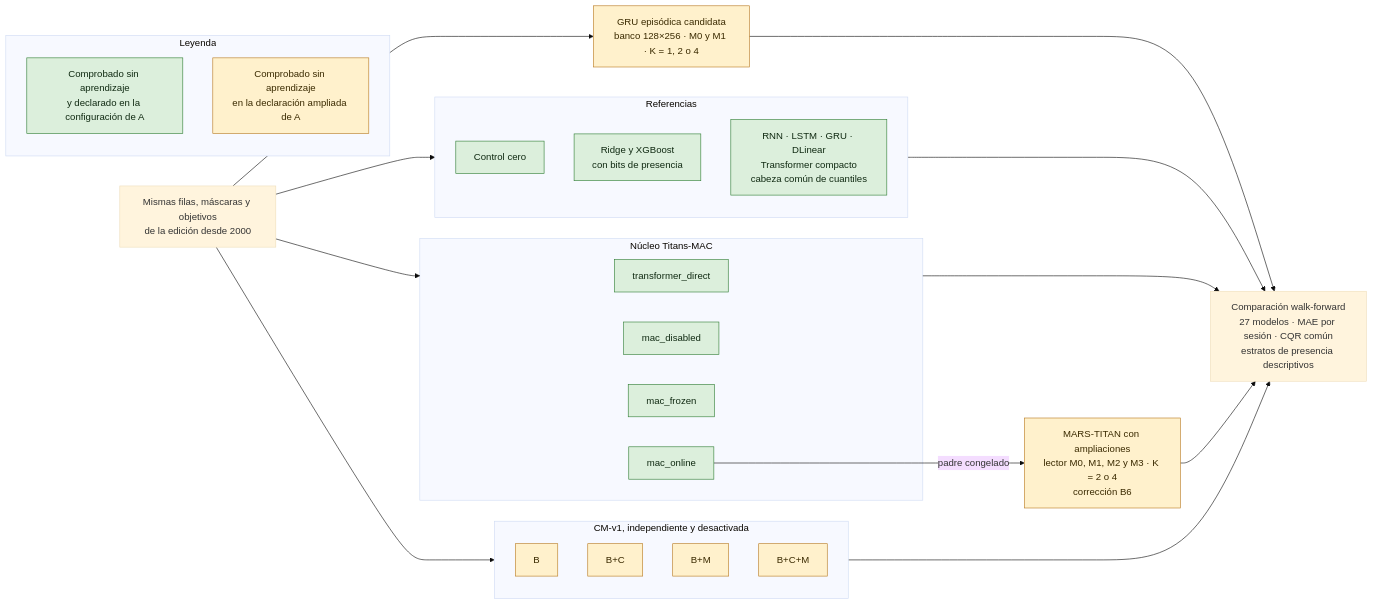
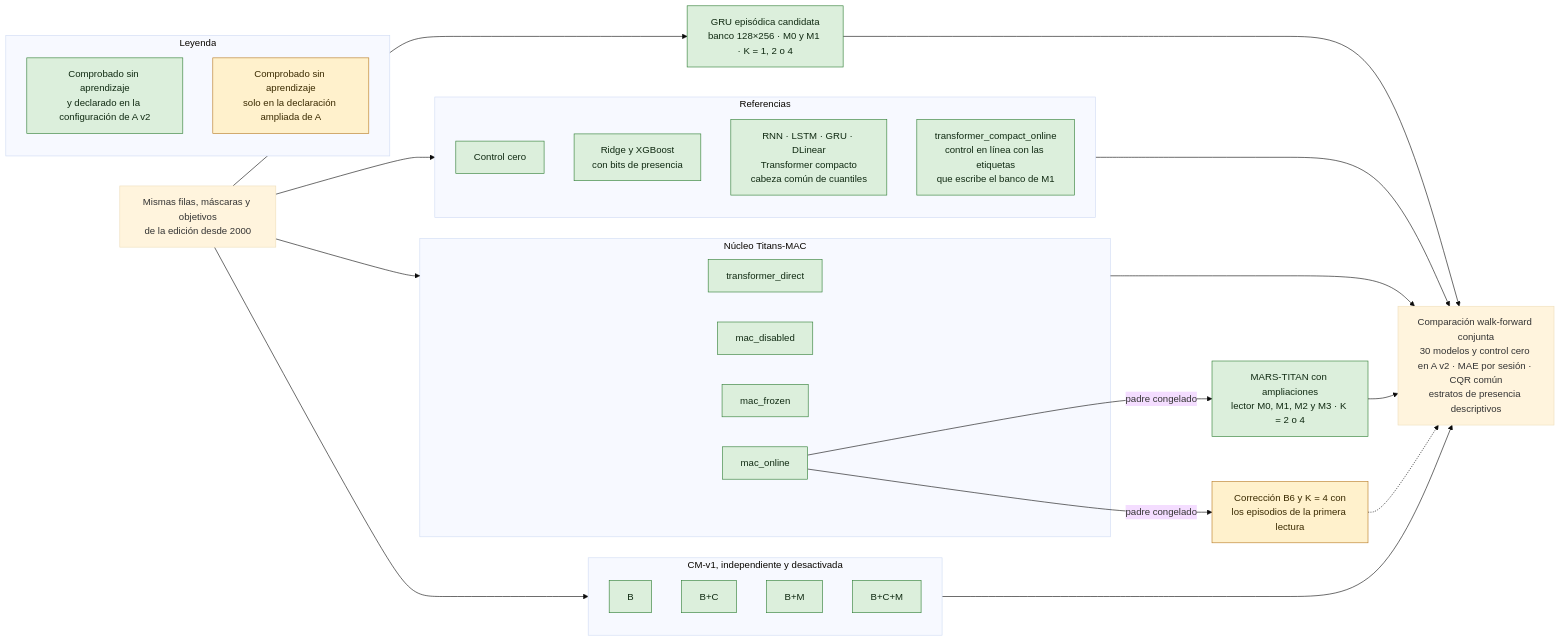
The second of 3 diagrams in README.md (GonxKZ/mars-titan), drawn with Mermaid (base theme) before and after one commit. The commit also changed other lines of this file and 7 other files, not shown here.

````diff
--- a/README.md
+++ b/README.md
@@ -83,49 +85,53 @@
 ```mermaid
 flowchart LR
     D["Mismas filas, máscaras y objetivos<br/>de la edición desde 2000"]
 
     subgraph REF["Referencias"]
         Z["Control cero"]:::comprobado
         TAB["Ridge y XGBoost<br/>con bits de presencia"]:::comprobado
         NEU["RNN · LSTM · GRU · DLinear<br/>Transformer compacto<br/>cabeza común de cuantiles"]:::comprobado
+        ON["transformer_compact_online<br/>control en línea con las etiquetas<br/>que escribe el banco de M1"]:::comprobado
     end
 
-    G["GRU episódica candidata<br/>banco 128×256 · M0 y M1 · K = 1, 2 o 4"]:::parcial
+    G["GRU episódica candidata<br/>banco 128×256 · M0 y M1 · K = 1, 2 o 4"]:::comprobado
 
     subgraph TIT["Núcleo Titans-MAC"]
         T1["transformer_direct"]:::comprobado
         T2["mac_disabled"]:::comprobado
         T3["mac_frozen"]:::comprobado
         T4["mac_online"]:::comprobado
     end
 
-    M["MARS-TITAN con ampliaciones<br/>lector M0, M1, M2 y M3 · K = 2 o 4<br/>corrección B6"]:::parcial
+    M["MARS-TITAN con ampliaciones<br/>lector M0, M1, M2 y M3 · K = 2 o 4"]:::comprobado
+    B6["Corrección B6 y K = 4 con<br/>los episodios de la primera lectura"]:::parcial
 
     subgraph CM["CM-v1, independiente y desactivada"]
-        C1["B"]:::parcial
-        C2["B+C"]:::parcial
-        C3["B+M"]:::parcial
-        C4["B+C+M"]:::parcial
+        C1["B"]:::comprobado
+        C2["B+C"]:::comprobado
+        C3["B+M"]:::comprobado
+        C4["B+C+M"]:::comprobado
     end
 
-    EV["Comparación walk-forward<br/>27 modelos · MAE por sesión · CQR común<br/>estratos de presencia descriptivos"]
+    EV["Comparación walk-forward conjunta<br/>30 modelos y control cero en A v2 · MAE por sesión · CQR común<br/>estratos de presencia descriptivos"]
 
     D --> REF
     D --> G
     D --> TIT
     D --> CM
     T4 -- padre congelado --> M
+    T4 -- padre congelado --> B6
     REF --> EV
     G --> EV
     TIT --> EV
     M --> EV
+    B6 -.-> EV
     CM --> EV
 
     subgraph LEY["Leyenda"]
-        L1["Comprobado sin aprendizaje<br/>y declarado en la configuración de A"]:::comprobado
-        L2["Comprobado sin aprendizaje<br/>en la declaración ampliada de A"]:::parcial
+        L1["Comprobado sin aprendizaje<br/>y declarado en la configuración de A v2"]:::comprobado
+        L2["Comprobado sin aprendizaje<br/>solo en la declaración ampliada de A"]:::parcial
     end
 
     classDef comprobado fill:#dcefdc,stroke:#2e7d32,color:#102a12
     classDef parcial fill:#fff1cc,stroke:#b7791f,color:#3a2a00
 ```
````
